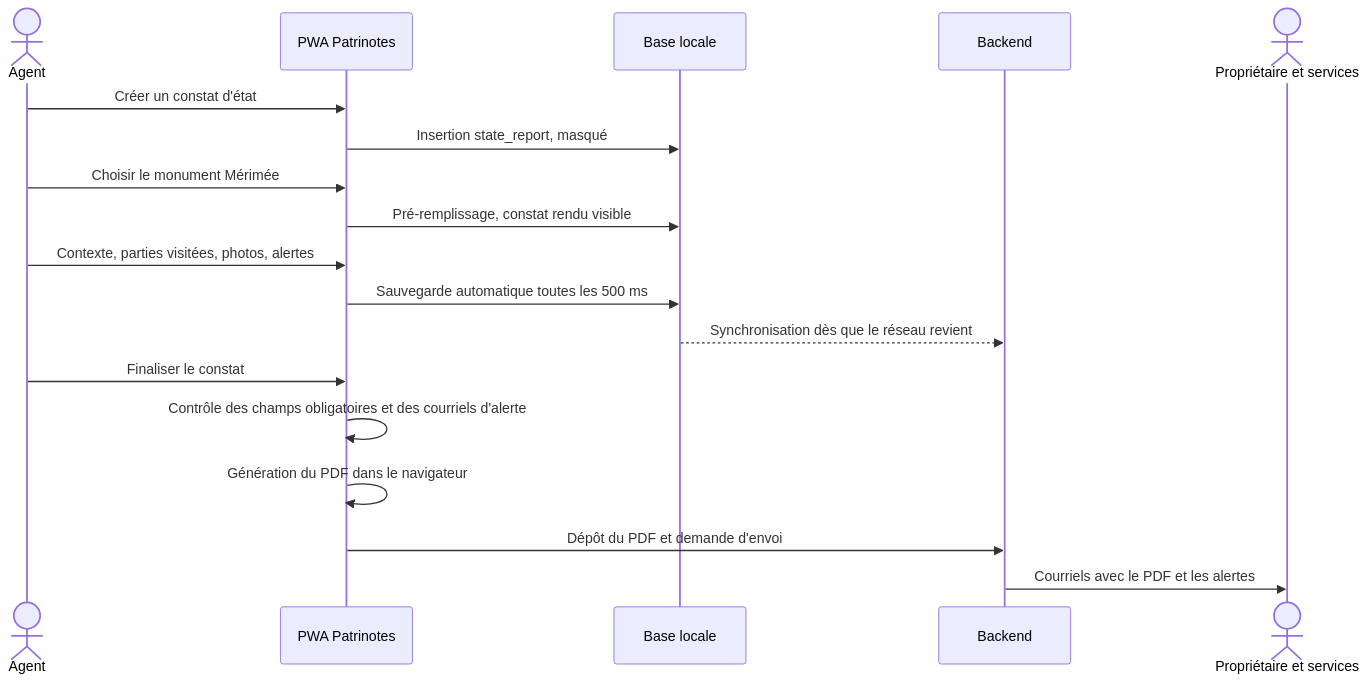
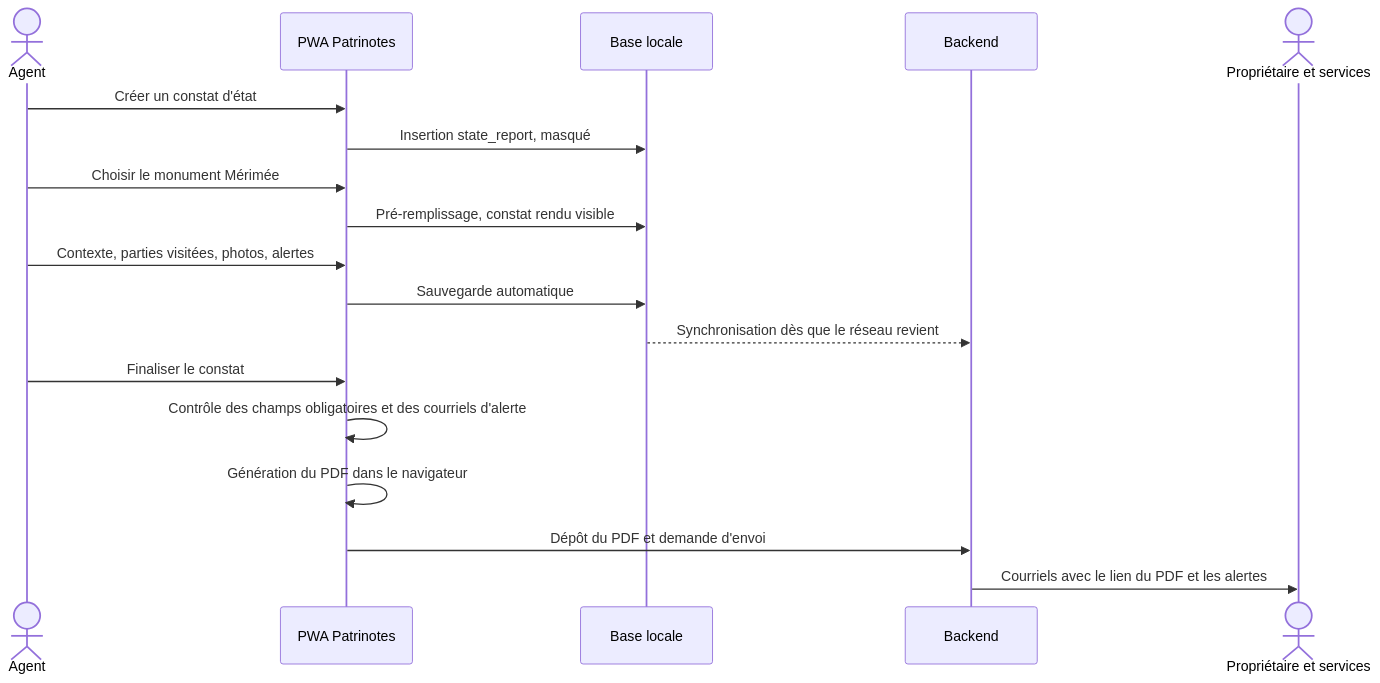
The second of 2 diagrams in docs/01-contexte-et-perimetre.md (betagouv/patrinotes), drawn with Mermaid before and after one commit. The commit also changed other lines of this file and 19 other files, not shown here.

````diff
--- a/docs/01-contexte-et-perimetre.md
+++ b/docs/01-contexte-et-perimetre.md
@@ -147,21 +117,21 @@
 ```mermaid
 sequenceDiagram
     actor Agent
     participant App as PWA Patrinotes
     participant Local as Base locale
     participant API as Backend
     actor Dest as Propriétaire et services
 
     Agent->>App: Créer un constat d'état
     App->>Local: Insertion state_report, masqué
     Agent->>App: Choisir le monument Mérimée
     App->>Local: Pré-remplissage, constat rendu visible
     Agent->>App: Contexte, parties visitées, photos, alertes
-    App->>Local: Sauvegarde automatique toutes les 500 ms
+    App->>Local: Sauvegarde automatique
     Local-->>API: Synchronisation dès que le réseau revient
     Agent->>App: Finaliser le constat
     App->>App: Contrôle des champs obligatoires et des courriels d'alerte
     App->>App: Génération du PDF dans le navigateur
     App->>API: Dépôt du PDF et demande d'envoi
-    API->>Dest: Courriels avec le PDF et les alertes
+    API->>Dest: Courriels avec le lien du PDF et les alertes
 ```
````
